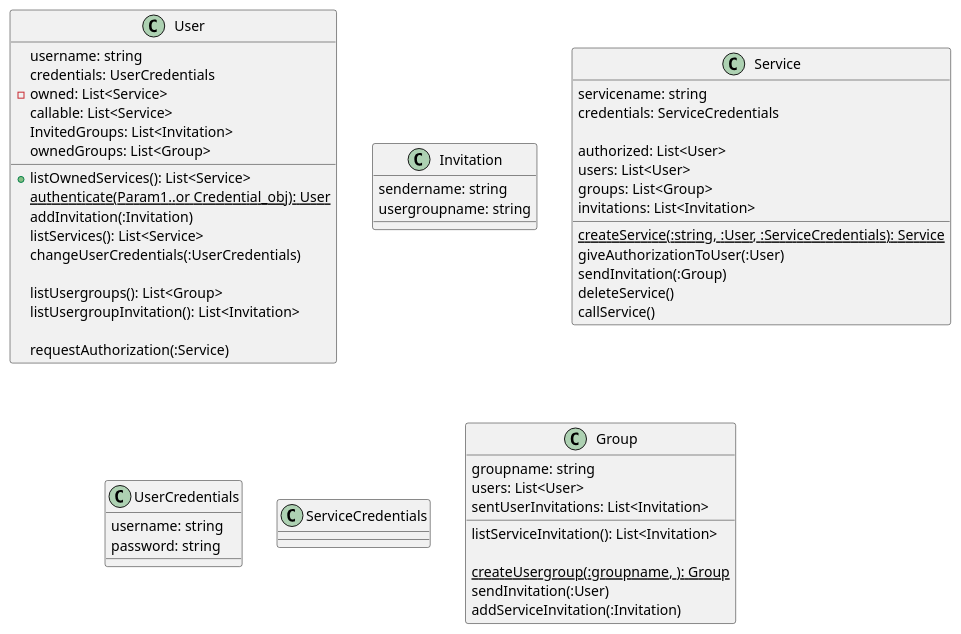
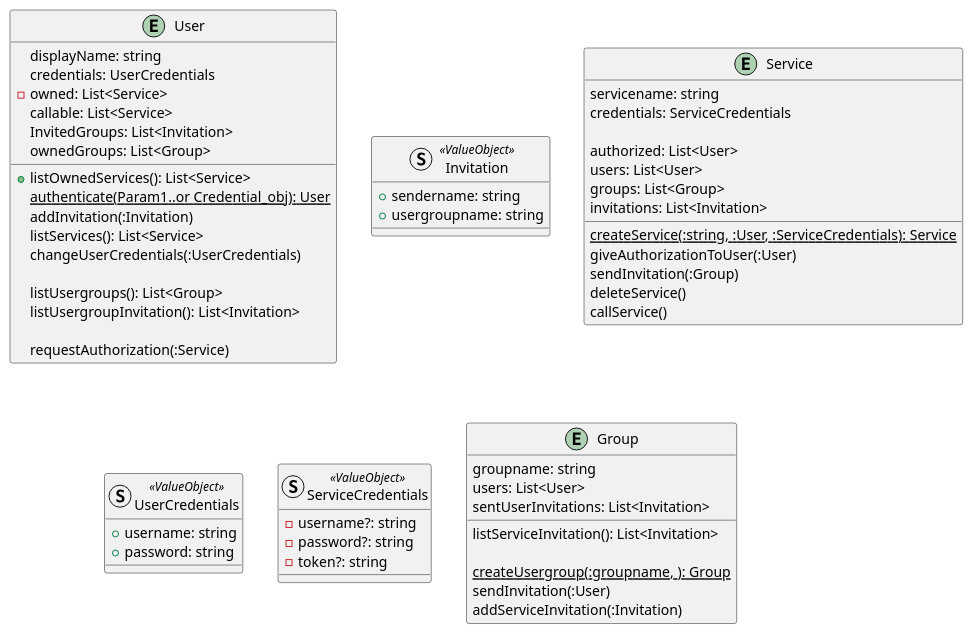
The diagram in doc/architecture.puml (sesogr/auth-share), drawn with PlantUML before and after one commit.

Commit message:
update entitys and structs

```diff
--- a/doc/architecture.puml
+++ b/doc/architecture.puml
@@ -1,75 +1,77 @@
 @startuml
 
-class User{
+entity User{
 
-    username: string
+    displayName: string
     credentials: UserCredentials
     -owned: List<Service>
     callable: List<Service>
     InvitedGroups: List<Invitation>
     ownedGroups: List<Group>
     
     +listOwnedServices(): List<Service>
     {static}authenticate(Param1..or Credential_obj): User
     addInvitation(:Invitation)
     listServices(): List<Service>
     changeUserCredentials(:UserCredentials)
 
     listUsergroups(): List<Group>
     listUsergroupInvitation(): List<Invitation>
 
     requestAuthorization(:Service)
 }
 
-class Invitation{
+struct Invitation <<ValueObject>>{
 
-    sendername: string
-    usergroupname: string
+    +sendername: string
+    +usergroupname: string
 
 }
 
-class Service{
+entity Service{
 
     servicename: string
     credentials: ServiceCredentials
     
     {static}createService(:string, :User, :ServiceCredentials): Service
     authorized: List<User>
     users: List<User>
     groups: List<Group>
     invitations: List<Invitation>
 
     giveAuthorizationToUser(:User)
     sendInvitation(:Group)
     
     deleteService()
     callService()
 
     
 }
 
-class UserCredentials{
+struct UserCredentials <<ValueObject>>{
 
-    username: string
-    password: string
+    +username: string
+    +password: string
     
 }
 
-class ServiceCredentials{
+struct ServiceCredentials <<ValueObject>>{
     
-    
+    -username?: string
+    -password?: string
+    -token?: string
 
 }
 
-class Group{
+entity Group{
     groupname: string
     users: List<User>
     sentUserInvitations: List<Invitation>
     listServiceInvitation(): List<Invitation>
 
     {static}createUsergroup(:groupname, ): Group
     sendInvitation(:User)
     addServiceInvitation(:Invitation)
 }
 
 @enduml
```
